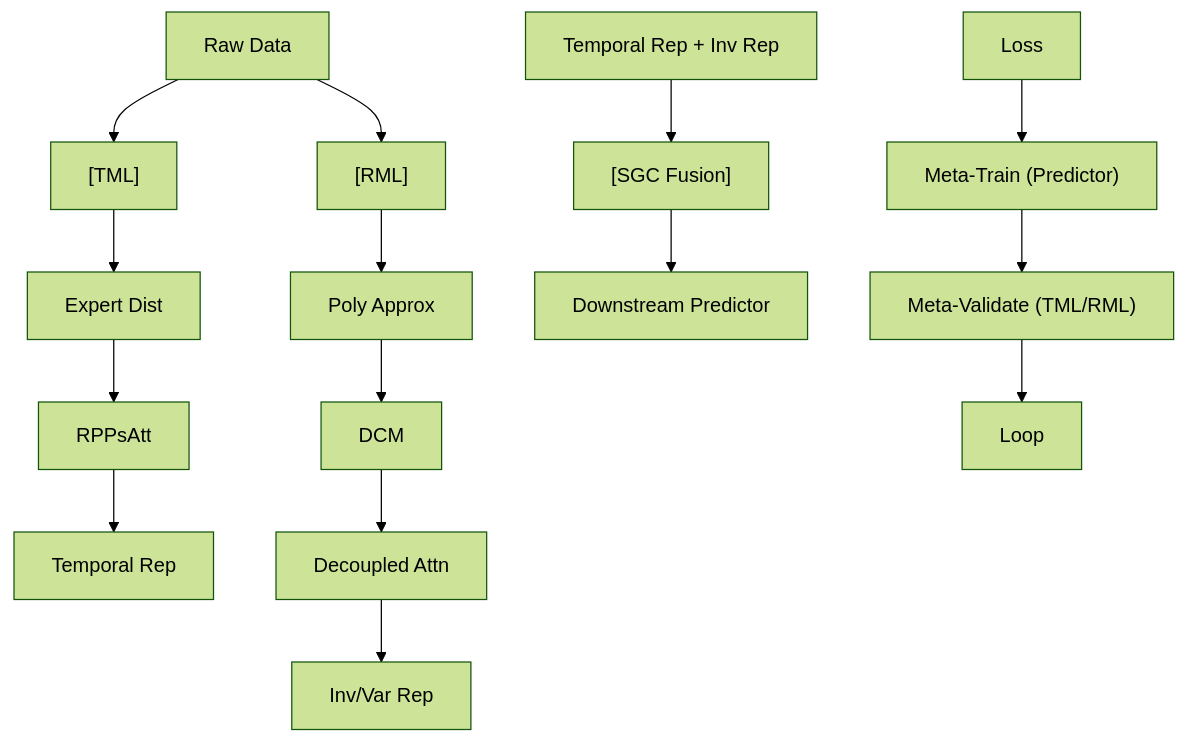
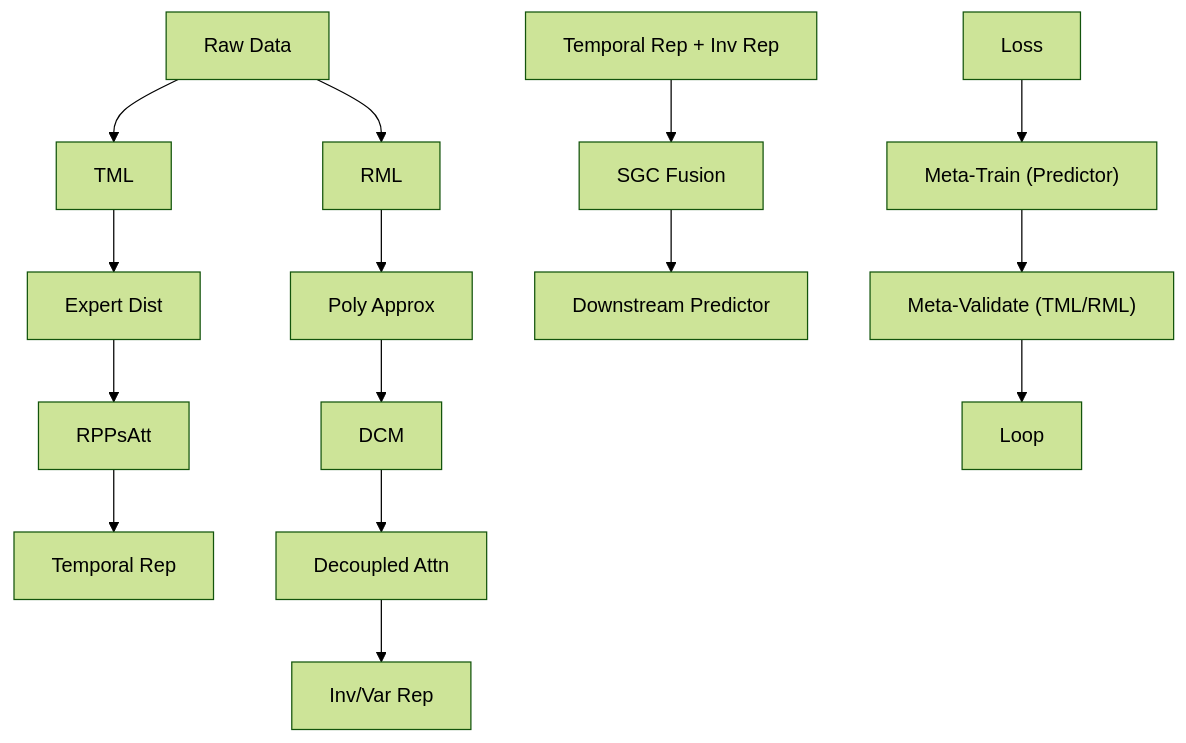
The diagram in foundations/time-series-forecasting/enhancer.md (sou350121/Trading-Handbook), drawn with Mermaid (forest theme) before and after one commit. The commit also changed 191 other files, not shown here.

First line of the commit message:
render: fix math + mermaid for GitHub across the corpus (188 pages)

````diff
--- a/foundations/time-series-forecasting/enhancer.md
+++ b/foundations/time-series-forecasting/enhancer.md
@@ -33,17 +33,17 @@
 ```mermaid
 flowchart TD
-    A["Raw Data"] --> B["[TML]"]
+    A["Raw Data"] --> B["TML"]
     B --> C["Expert Dist"]
     C --> D["RPPsAtt"]
     D --> E["Temporal Rep"]
-    A --> F["[RML]"]
+    A --> F["RML"]
     F --> G["Poly Approx"]
     G --> H["DCM"]
     H --> I["Decoupled Attn"]
     I --> J["Inv/Var Rep"]
-    K["Temporal Rep + Inv Rep"] --> L["[SGC Fusion]"]
+    K["Temporal Rep + Inv Rep"] --> L["SGC Fusion"]
     L --> M["Downstream Predictor"]
     N["Loss"] --> O["Meta-Train (Predictor)"]
     O --> P["Meta-Validate (TML/RML)"]
     P --> Q["Loop"]
 ```
````
